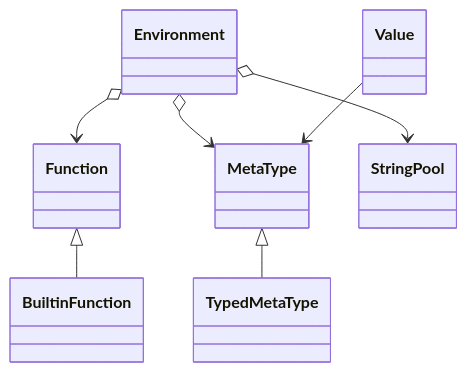
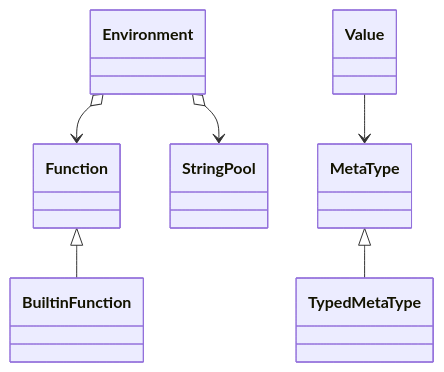
The eighth of 9 diagrams in docs/simfil-dev-guide.md (Klebert-Engineering/simfil), drawn with Mermaid before and after one commit. The commit also changed other lines of this file and 1 other file, not shown here.

````diff
--- a/docs/simfil-dev-guide.md
+++ b/docs/simfil-dev-guide.md
@@ -239,9 +227,8 @@
 ```mermaid
 classDiagram
   Environment o--> Function
-  Environment o--> MetaType
   Environment o--> StringPool
   Function <|-- BuiltinFunction
+  Value --> MetaType
   MetaType <|-- TypedMetaType
-  Value --> MetaType
 ```
````
